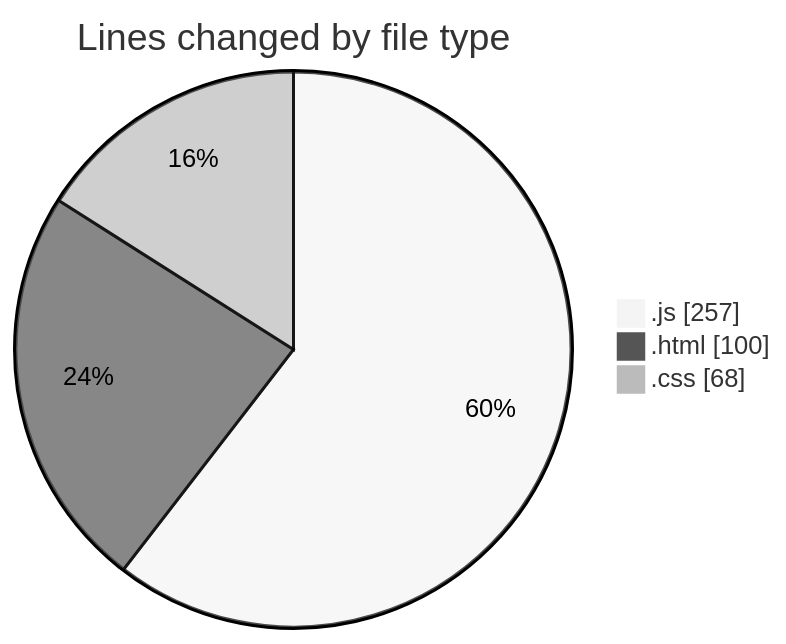
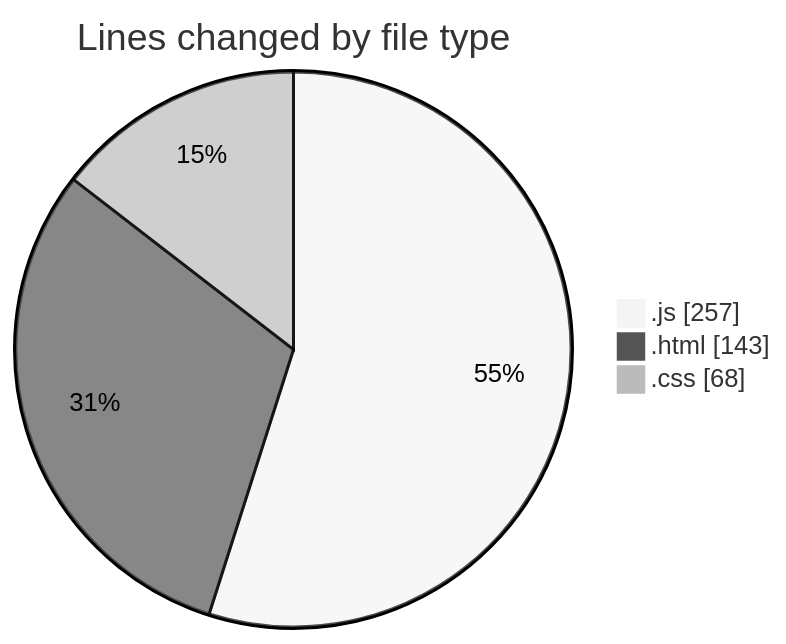
The first of 2 diagrams in 2025-01-24/projects/README.md (Ritupan-Deka/code-tracking), drawn with Mermaid (neutral theme) before and after one commit. The commit also changed other lines of this file and 1 other file, not shown here.

````diff
--- a/2025-01-24/projects/README.md
+++ b/2025-01-24/projects/README.md
@@ -29,7 +29,7 @@
 ```mermaid
 pie showData
 title Lines changed by file type
 ".js" : 257
-".html" : 100
+".html" : 143
 ".css" : 68
 ```
````
